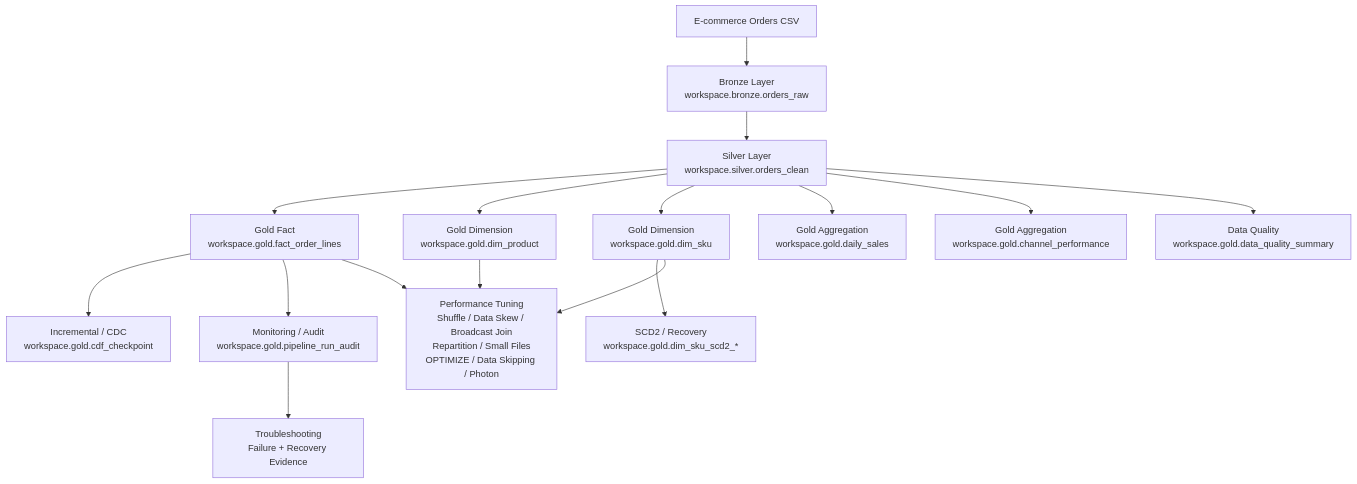
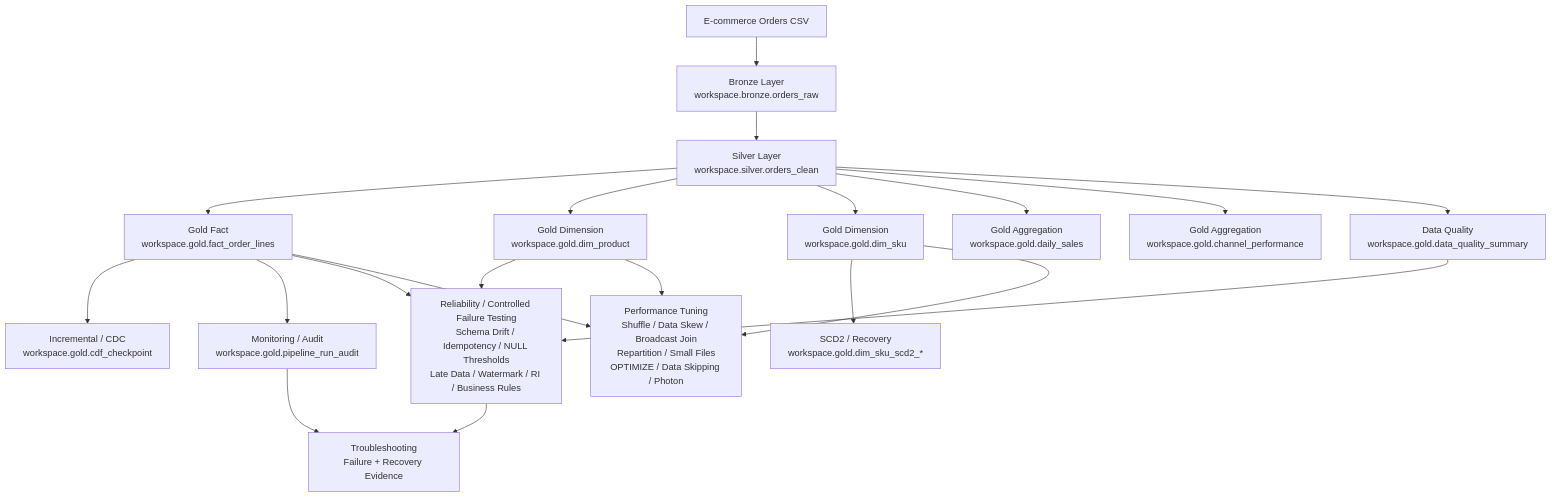
Before and after one commit to bodinkc30-Pete/databricks-lakehouse-medallion-pipeline: the diagram in docs/architecture/lakehouse_architecture.md, drawn with Mermaid.

Commit message:
sync architecture with reliability testing

````diff
--- a/docs/architecture/lakehouse_architecture.md
+++ b/docs/architecture/lakehouse_architecture.md
@@ -3,42 +3,49 @@
 ```mermaid
 flowchart TD
 
     A[E-commerce Orders CSV]
     B[Bronze Layer<br/>workspace.bronze.orders_raw]
     C[Silver Layer<br/>workspace.silver.orders_clean]
 
     D1[Gold Fact<br/>workspace.gold.fact_order_lines]
     D2[Gold Dimension<br/>workspace.gold.dim_product]
     D3[Gold Dimension<br/>workspace.gold.dim_sku]
     D4[Gold Aggregation<br/>workspace.gold.daily_sales]
     D5[Gold Aggregation<br/>workspace.gold.channel_performance]
 
     E1[Incremental / CDC<br/>workspace.gold.cdf_checkpoint]
     E2[SCD2 / Recovery<br/>workspace.gold.dim_sku_scd2_*]
 
     F1[Data Quality<br/>workspace.gold.data_quality_summary]
     F2[Monitoring / Audit<br/>workspace.gold.pipeline_run_audit]
     F3[Troubleshooting<br/>Failure + Recovery Evidence]
+    F4[Reliability / Controlled Failure Testing<br/>Schema Drift / Idempotency / NULL Thresholds<br/>Late Data / Watermark / RI / Business Rules]
 
     G[Performance Tuning<br/>Shuffle / Data Skew / Broadcast Join<br/>Repartition / Small Files<br/>OPTIMIZE / Data Skipping / Photon]
 
     A --> B
     B --> C
 
     C --> D1
     C --> D2
     C --> D3
     C --> D4
     C --> D5
 
     D1 --> E1
     D3 --> E2
 
     C --> F1
     D1 --> F2
+
+    D1 --> F4
+    D2 --> F4
+    F1 --> F4
+
     F2 --> F3
+    F4 --> F3
 
     D1 --> G
     D2 --> G
     D3 --> G
 ```
````
